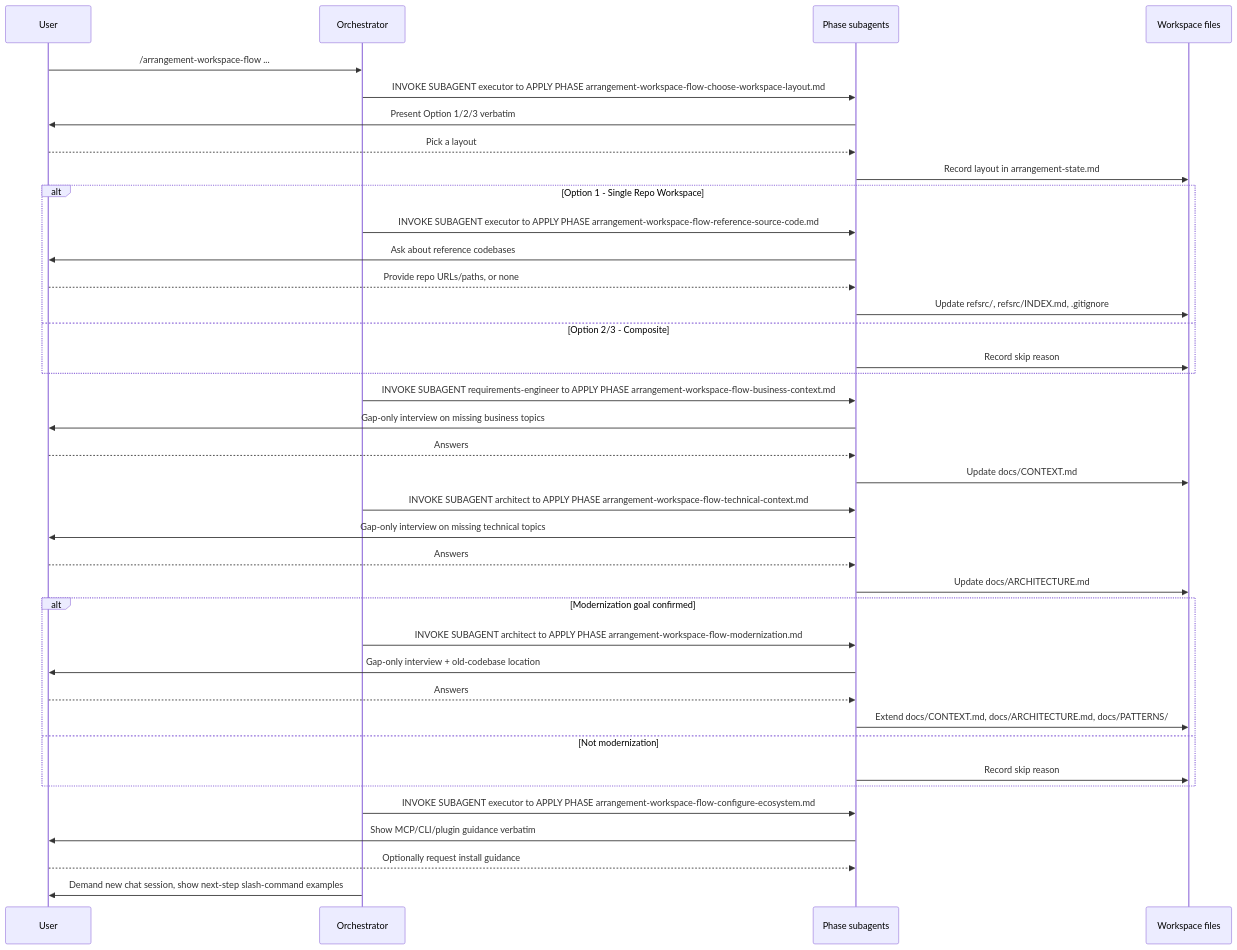
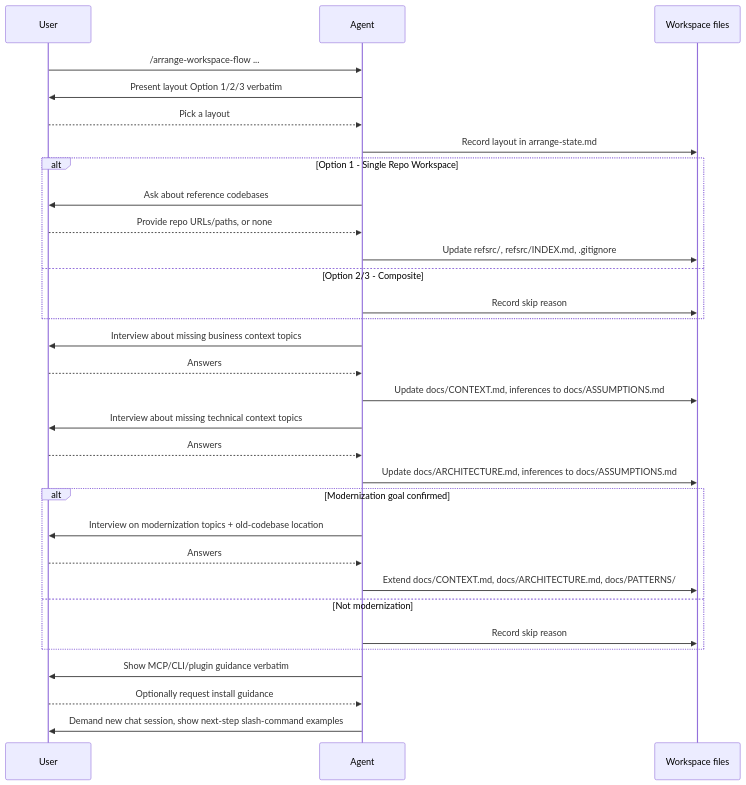
The second of 2 diagrams in docs/web/docs/arrangement-workspace-flow.md (griddynamics/rosetta), drawn with Mermaid before and after one commit. The commit also changed other lines of this file and 5 other files, not shown here.

Commit message:
docs: align arrange-workspace-flow documentation with actual workflow implementation

````diff
--- a/docs/web/docs/arrangement-workspace-flow.md
+++ b/docs/web/docs/arrangement-workspace-flow.md
@@ -104,41 +103,34 @@
 ```mermaid
 sequenceDiagram
     participant U as User
-    participant O as Orchestrator
-    participant S as Phase subagents
+    participant A as Agent
     participant F as Workspace files
 
-    U->>O: /arrangement-workspace-flow ...
-    O->>S: INVOKE SUBAGENT executor to APPLY PHASE arrangement-workspace-flow-choose-workspace-layout.md
-    S->>U: Present Option 1/2/3 verbatim
-    U-->>S: Pick a layout
-    S->>F: Record layout in arrangement-state.md
+    U->>A: /arrange-workspace-flow ...
+    A->>U: Present layout Option 1/2/3 verbatim
+    U-->>A: Pick a layout
+    A->>F: Record layout in arrange-state.md
     alt Option 1 - Single Repo Workspace
-        O->>S: INVOKE SUBAGENT executor to APPLY PHASE arrangement-workspace-flow-reference-source-code.md
-        S->>U: Ask about reference codebases
-        U-->>S: Provide repo URLs/paths, or none
-        S->>F: Update refsrc/, refsrc/INDEX.md, .gitignore
+        A->>U: Ask about reference codebases
+        U-->>A: Provide repo URLs/paths, or none
+        A->>F: Update refsrc/, refsrc/INDEX.md, .gitignore
     else Option 2/3 - Composite
-        S->>F: Record skip reason
+        A->>F: Record skip reason
     end
-    O->>S: INVOKE SUBAGENT requirements-engineer to APPLY PHASE arrangement-workspace-flow-business-context.md
-    S->>U: Gap-only interview on missing business topics
-    U-->>S: Answers
-    S->>F: Update docs/CONTEXT.md
-    O->>S: INVOKE SUBAGENT architect to APPLY PHASE arrangement-workspace-flow-technical-context.md
-    S->>U: Gap-only interview on missing technical topics
-    U-->>S: Answers
-    S->>F: Update docs/ARCHITECTURE.md
+    A->>U: Interview about missing business context topics
+    U-->>A: Answers
+    A->>F: Update docs/CONTEXT.md, inferences to docs/ASSUMPTIONS.md
+    A->>U: Interview about missing technical context topics
+    U-->>A: Answers
+    A->>F: Update docs/ARCHITECTURE.md, inferences to docs/ASSUMPTIONS.md
     alt Modernization goal confirmed
-        O->>S: INVOKE SUBAGENT architect to APPLY PHASE arrangement-workspace-flow-modernization.md
-        S->>U: Gap-only interview + old-codebase location
-        U-->>S: Answers
-        S->>F: Extend docs/CONTEXT.md, docs/ARCHITECTURE.md, docs/PATTERNS/
+        A->>U: Interview on modernization topics + old-codebase location
+        U-->>A: Answers
+        A->>F: Extend docs/CONTEXT.md, docs/ARCHITECTURE.md, docs/PATTERNS/
     else Not modernization
-        S->>F: Record skip reason
+        A->>F: Record skip reason
     end
-    O->>S: INVOKE SUBAGENT executor to APPLY PHASE arrangement-workspace-flow-configure-ecosystem.md
-    S->>U: Show MCP/CLI/plugin guidance verbatim
-    U-->>S: Optionally request install guidance
-    O->>U: Demand new chat session, show next-step slash-command examples
+    A->>U: Show MCP/CLI/plugin guidance verbatim
+    U-->>A: Optionally request install guidance
+    A->>U: Demand new chat session, show next-step slash-command examples
 ```
````
